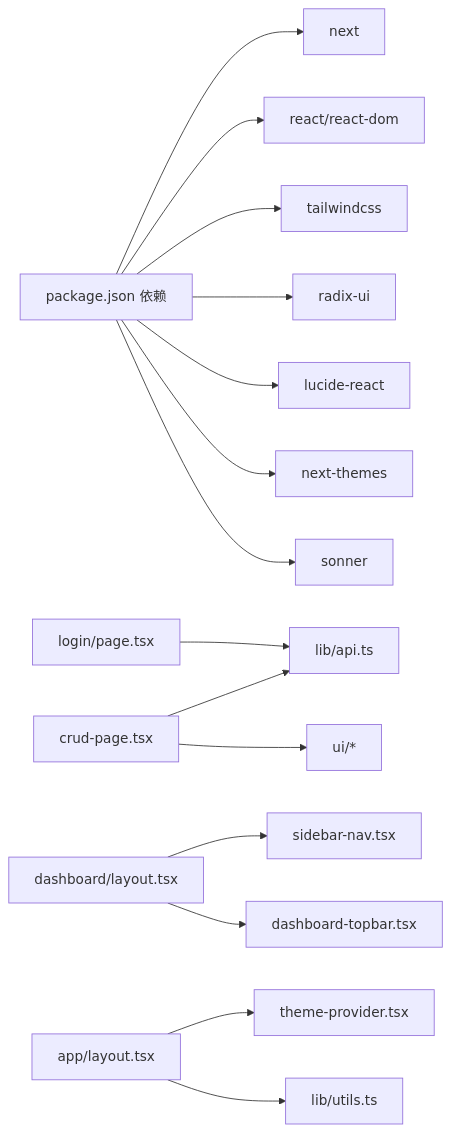
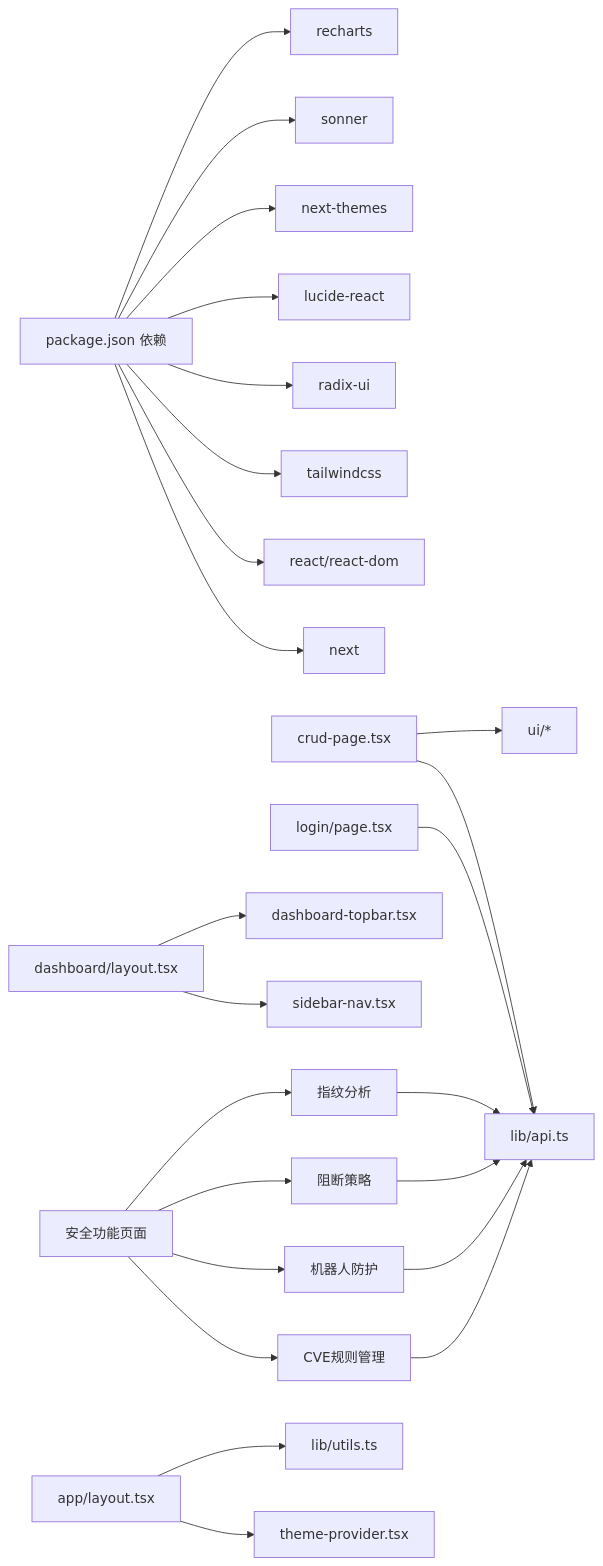
Before and after one commit to x01n/My-OpenWaf: diagram 14 of 14 in docs/前端管理界面/前端管理界面.md, drawn with Mermaid. The commit also changed other lines of this file and 51 other files, not shown here.

````diff
--- a/docs/前端管理界面/前端管理界面.md
+++ b/docs/前端管理界面/前端管理界面.md
@@ -397,17 +653,26 @@
 ```mermaid
 graph LR
 Pkg["package.json 依赖"] --> Next["next"]
 Pkg --> React["react/react-dom"]
 Pkg --> Tailwind["tailwindcss"]
 Pkg --> Radix["radix-ui"]
 Pkg --> Icons["lucide-react"]
 Pkg --> Themes["next-themes"]
 Pkg --> Sonner["sonner"]
+Pkg --> Charts["recharts"]
 CRUD["crud-page.tsx"] --> API["lib/api.ts"]
 CRUD --> UI["ui/*"]
 LOGIN["login/page.tsx"] --> API
 DASH["dashboard/layout.tsx"] --> NAV["sidebar-nav.tsx"]
 DASH --> TOPBAR["dashboard-topbar.tsx"]
 ROOT["app/layout.tsx"] --> THEME["theme-provider.tsx"]
 ROOT --> UTILS["lib/utils.ts"]
+SECURITY_PAGES["安全功能页面"] --> CVETAB["CVE规则管理"]
+SECURITY_PAGES --> BOTTAB["机器人防护"]
+SECURITY_PAGES --> DROPTAB["阻断策略"]
+SECURITY_PAGES --> FINFETAB["指纹分析"]
+CVETAB --> API
+BOTTAB --> API
+DROPTAB --> API
+FINFETAB --> API
 ```
````
